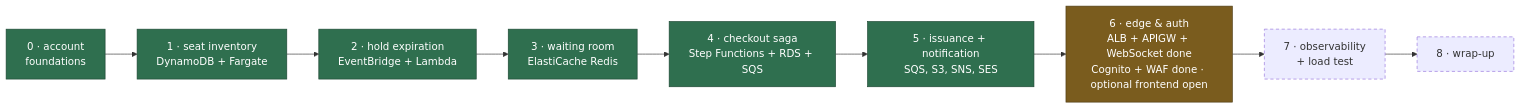
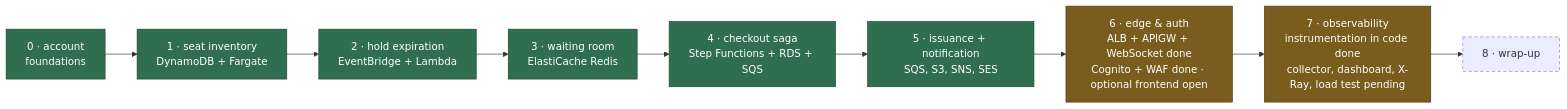
Before and after one commit to daliborjelicanin/ticket-waiting-room-aws: the eighth of 8 diagrams in docs/architecture.md, drawn with Mermaid. The commit also changed other lines of this file and 67 other files, not shown here.

````diff
--- a/docs/architecture.md
+++ b/docs/architecture.md
@@ -407,18 +432,18 @@
 ```mermaid
 flowchart LR
     S0["0 · account<br/>foundations"] --> S1["1 · seat inventory<br/>DynamoDB + Fargate"]
     S1 --> S2["2 · hold expiration<br/>EventBridge + Lambda"]
     S2 --> S3["3 · waiting room<br/>ElastiCache Redis"]
     S3 --> S4["4 · checkout saga<br/>Step Functions + RDS + SQS"]
     S4 --> S5["5 · issuance + notification<br/>SQS, S3, SNS, SES"]
     S5 --> S6["6 · edge & auth<br/>ALB + APIGW + WebSocket done<br/>Cognito + WAF done · optional frontend open"]
-    S6 --> S7["7 · observability<br/>+ load test"]
+    S6 --> S7["7 · observability<br/>instrumentation in code done<br/>collector, dashboard, X-Ray, load test pending"]
     S7 --> S8["8 · wrap-up"]
 
     classDef done fill:#2f6f4f,stroke:#1d4632,color:#fff;
     classDef partial fill:#7a5c1e,stroke:#4d3a13,color:#fff;
     classDef todo stroke-dasharray:5 4;
     class S0,S1,S2,S3,S4,S5 done;
-    class S6 partial;
-    class S7,S8 todo;
+    class S6,S7 partial;
+    class S8 todo;
 ```
````
